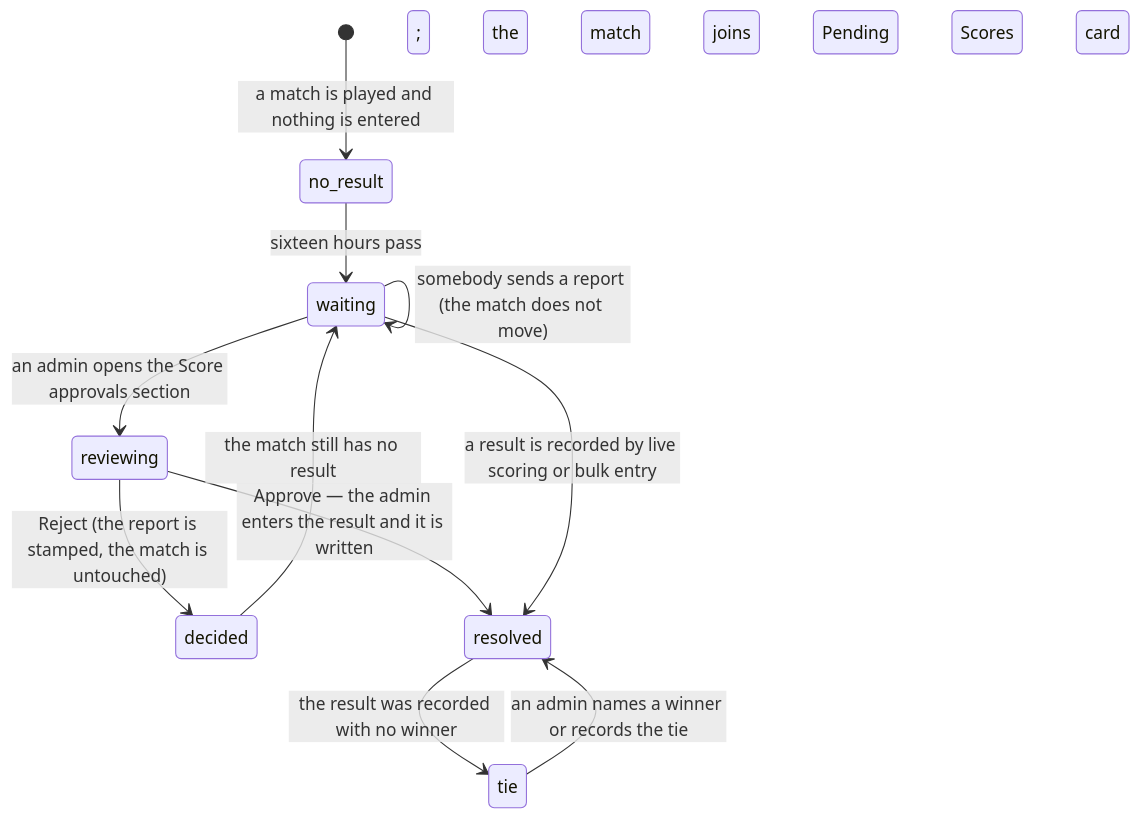
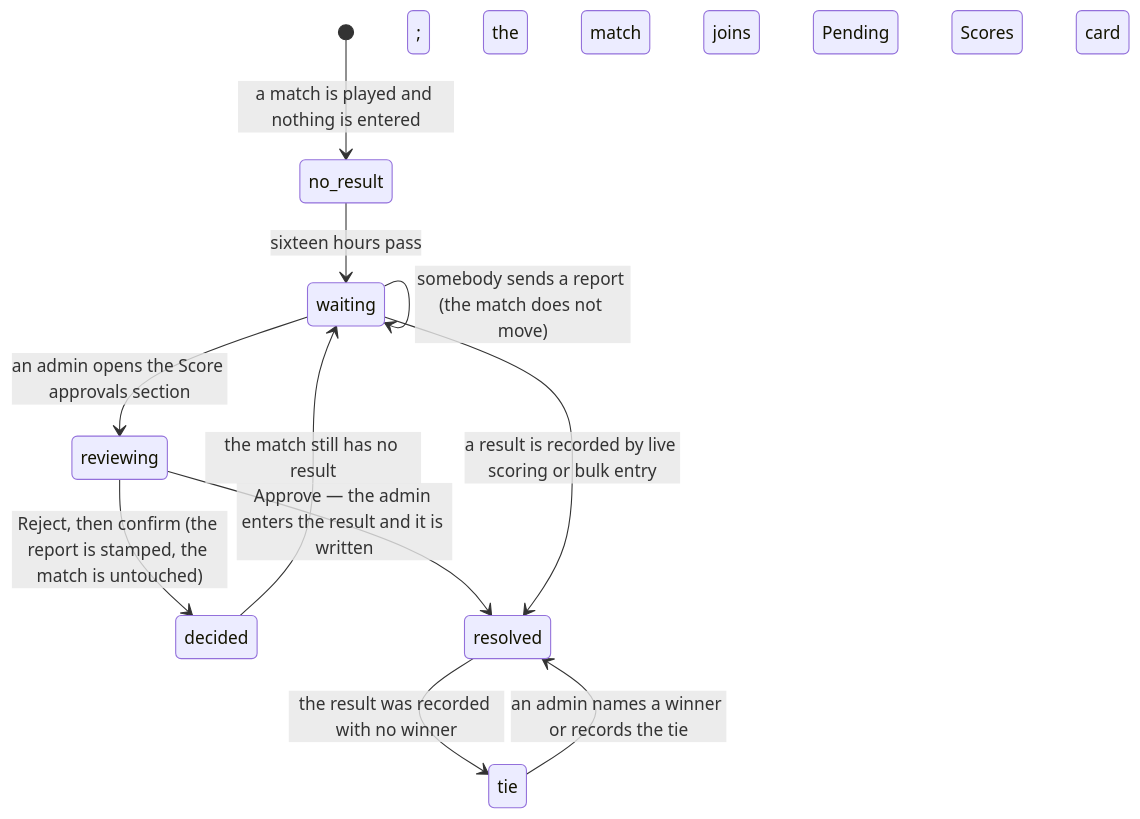
The diagram in docs/product-description/scores/pending-scores.md (DougZeThug/717rec), drawn with Mermaid before and after one commit. The commit also changed other lines of this file and 4 other files, not shown here.

````diff
--- a/docs/product-description/scores/pending-scores.md
+++ b/docs/product-description/scores/pending-scores.md
@@ -50,13 +59,13 @@
 ```mermaid
 stateDiagram-v2
     [*] --> no_result : a match is played and nothing is entered
     no_result --> waiting : sixteen hours pass; the match joins the Pending Scores card
     waiting --> waiting : somebody sends a report (the match does not move)
     waiting --> reviewing : an admin opens the Score approvals section
-    reviewing --> decided : Reject (the report is stamped, the match is untouched)
+    reviewing --> decided : Reject, then confirm (the report is stamped, the match is untouched)
     decided --> waiting : the match still has no result
     reviewing --> resolved : Approve — the admin enters the result and it is written
     waiting --> resolved : a result is recorded by live scoring or bulk entry
     resolved --> tie : the result was recorded with no winner
     tie --> resolved : an admin names a winner or records the tie
 ```
````
